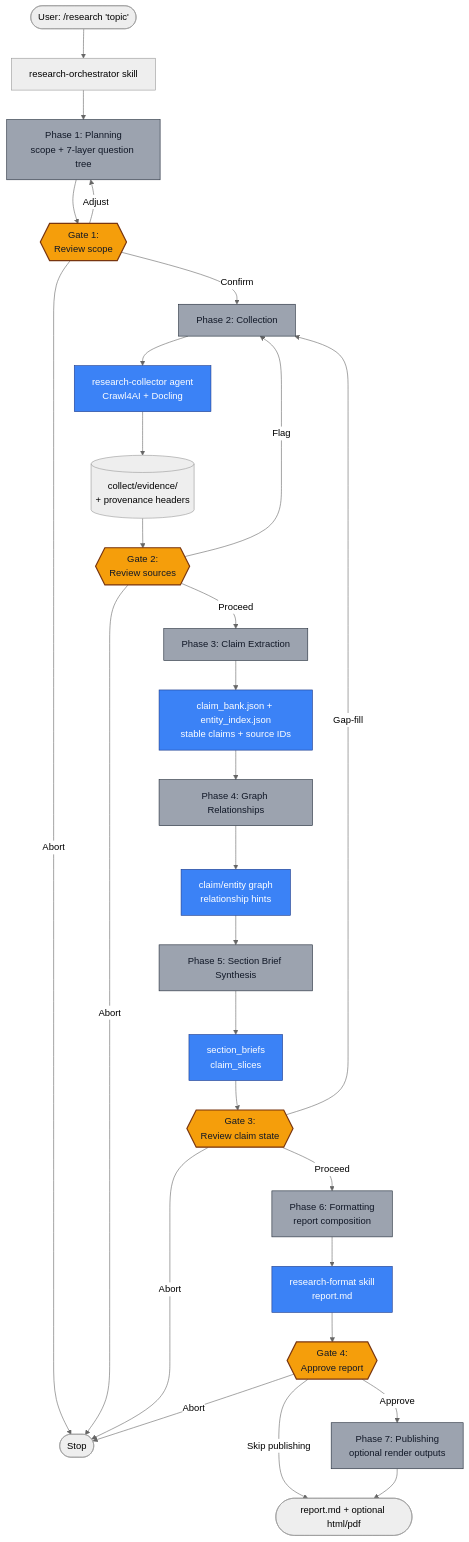
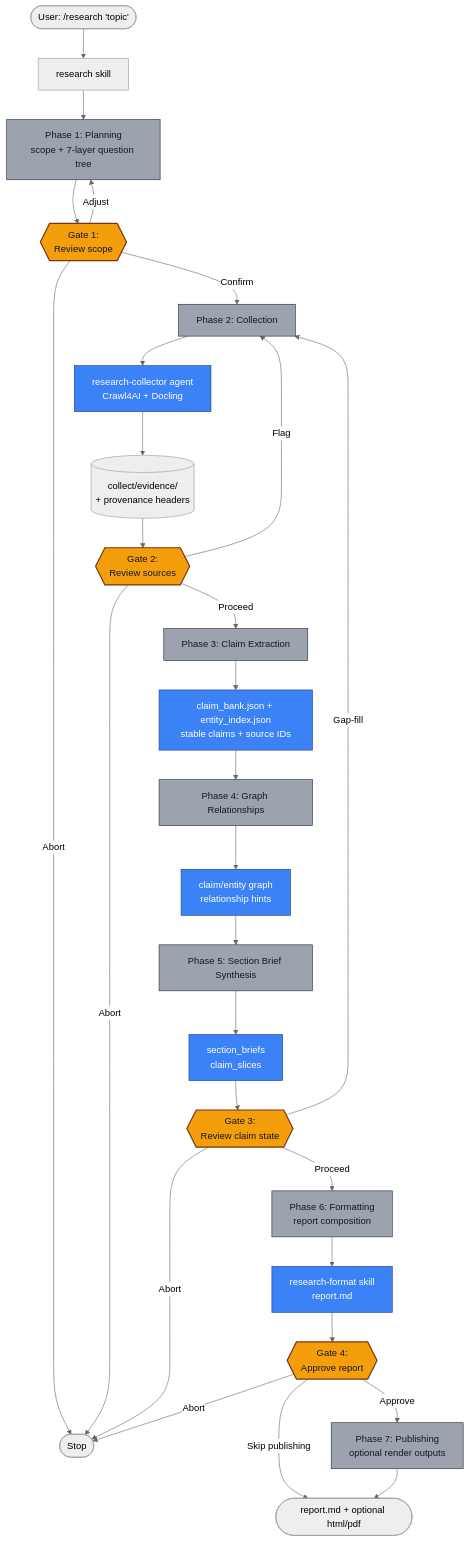
One commit to TorpedoD/claude-researcher changed the diagram in README.md. Above: the diagram before and after it, drawn with Mermaid (neutral theme). The commit also changed other lines of this file and 65 other files, not shown here.

Commit message:
changed research-orchestrator to research

````diff
--- a/README.md
+++ b/README.md
@@ -166,43 +166,43 @@
 ```mermaid
 flowchart TD
-    User([User: /research 'topic']) --> Orch[research-orchestrator skill]
+    User([User: /research 'topic']) --> Orch[research skill]
 
     Orch --> P1[Phase 1: Planning<br/>scope + 7-layer question tree]
     P1 --> G1{{Gate 1:<br/>Review scope}}
     G1 -->|Confirm| P2
     G1 -->|Adjust| P1
     G1 -->|Abort| Stop([Stop])
 
     P2[Phase 2: Collection] --> Collector[research-collector agent<br/>Crawl4AI + Docling]
     Collector --> Evidence[(collect/evidence/<br/>+ provenance headers)]
     Evidence --> G2{{Gate 2:<br/>Review sources}}
     G2 -->|Proceed| P3
     G2 -->|Flag| P2
     G2 -->|Abort| Stop
 
     P3[Phase 3: Claim Extraction] --> Claims[claim_bank.json + entity_index.json<br/>stable claims + source IDs]
     Claims --> P4
 
     P4[Phase 4: Graph Relationships] --> Graphify[claim/entity graph<br/>relationship hints]
     Graphify --> P5
 
     P5[Phase 5: Section Brief Synthesis] --> Briefs[section_briefs<br/>claim_slices]
     Briefs --> G3{{Gate 3:<br/>Review claim state}}
     G3 -->|Proceed| P6
     G3 -->|Gap-fill| P2
     G3 -->|Abort| Stop
 
     P6[Phase 6: Formatting<br/>report composition] --> Format[research-format skill<br/>report.md]
     Format --> G4{{Gate 4:<br/>Approve report}}
     G4 -->|Approve| P7[Phase 7: Publishing<br/>optional render outputs]
     G4 -->|Skip publishing| Done([report.md])
     G4 -->|Abort| Stop
     P7 --> Done([report.md + optional html/pdf])
 
     classDef gate fill:#f59e0b,stroke:#78350f,stroke-width:2px,color:#111827
     classDef agent fill:#3b82f6,stroke:#1e3a8a,stroke-width:1px,color:#ffffff
     classDef phase fill:#9ca3af,stroke:#1f2937,stroke-width:1px,color:#111827
     class G1,G2,G3,G4 gate
     class Collector,Claims,Graphify,Briefs,Format agent
     class P1,P2,P3,P4,P5,P6,P7 phase
 ```
````
